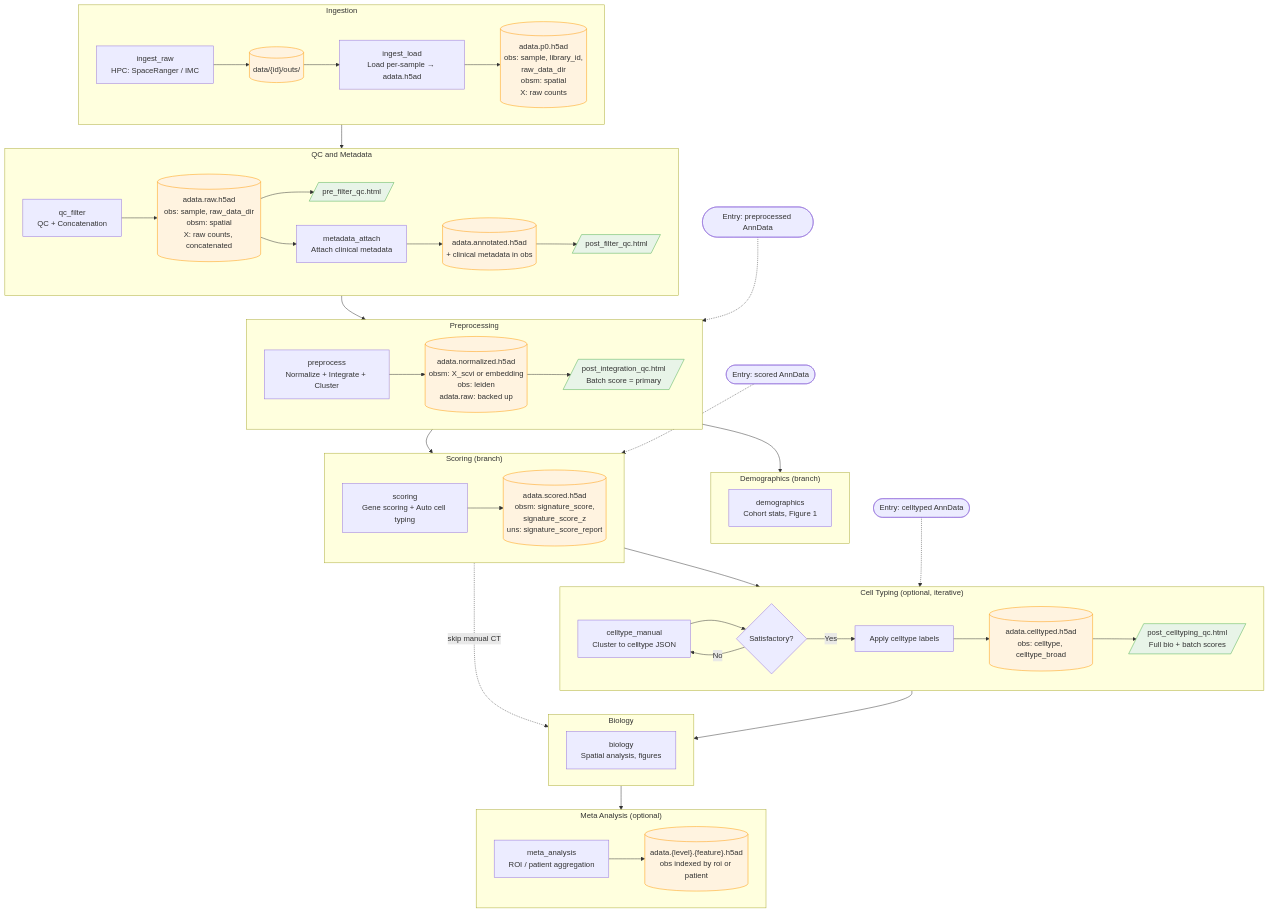
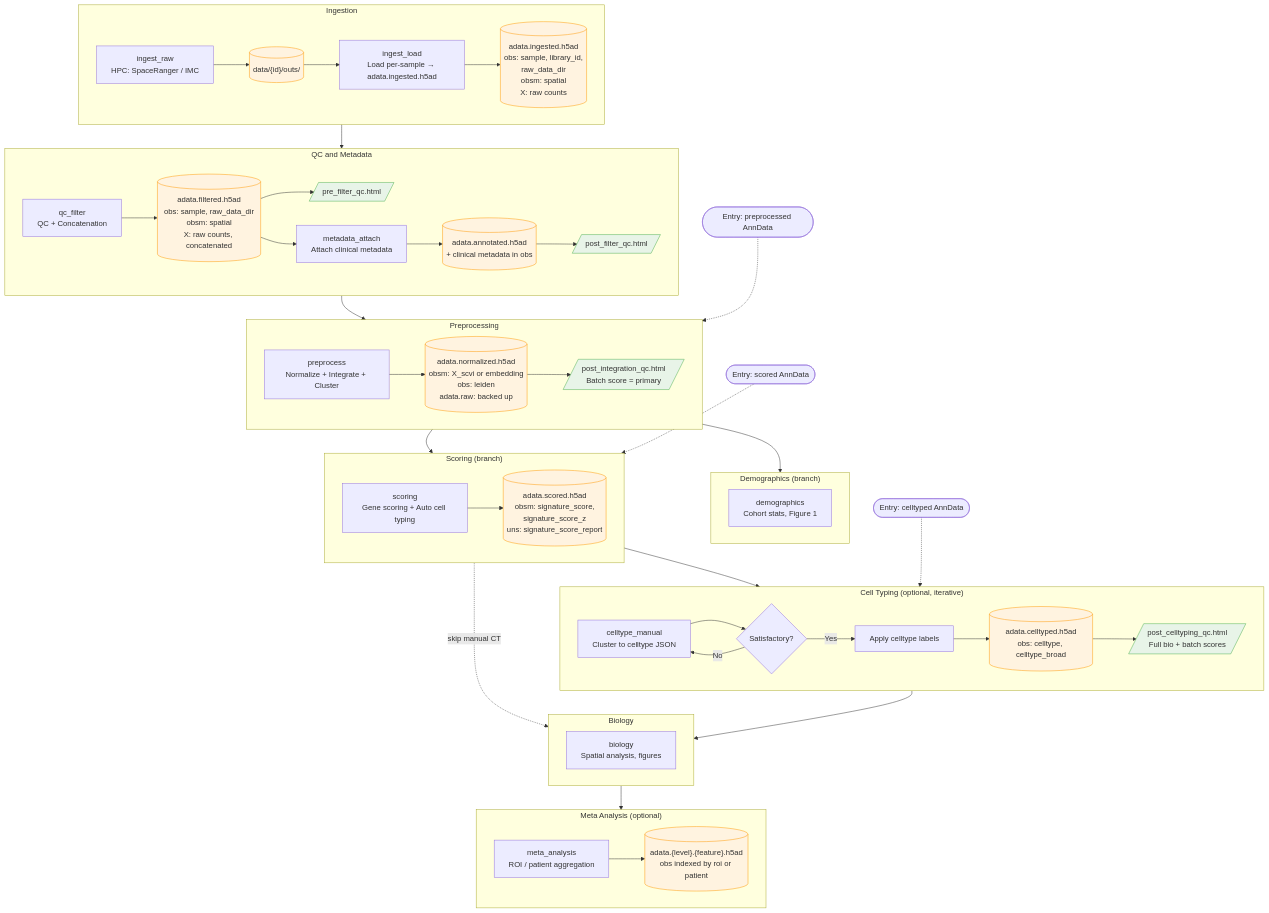
Before and after one commit to yoffelab/sc_tools: the diagram in README.md, drawn with Mermaid. The commit also changed other lines of this file and 4 other files, not shown here.

First line of the commit message:
docs: update checkpoint names and PhaseSpec schema across all docs

````diff
--- a/README.md
+++ b/README.md
@@ -70,70 +70,70 @@
 ```mermaid
 flowchart TD
     subgraph ING["Ingestion"]
         Z1["ingest_raw<br/>HPC: SpaceRanger / IMC"] --> CP0a[("data/{id}/outs/")]
-        CP0a --> Z2["ingest_load<br/>Load per-sample → adata.h5ad"]
-        Z2 --> CP0b[("adata.p0.h5ad<br/>obs: sample, library_id,<br/>raw_data_dir<br/>obsm: spatial<br/>X: raw counts")]
+        CP0a --> Z2["ingest_load<br/>Load per-sample → adata.ingested.h5ad"]
+        Z2 --> CP0b[("adata.ingested.h5ad<br/>obs: sample, library_id,<br/>raw_data_dir<br/>obsm: spatial<br/>X: raw counts")]
     end
 
     subgraph QC["QC and Metadata"]
-        A1["qc_filter<br/>QC + Concatenation"] --> CP1[("adata.raw.h5ad<br/>obs: sample, raw_data_dir<br/>obsm: spatial<br/>X: raw counts, concatenated")]
+        A1["qc_filter<br/>QC + Concatenation"] --> CP1[("adata.filtered.h5ad<br/>obs: sample, raw_data_dir<br/>obsm: spatial<br/>X: raw counts, concatenated")]
         CP1 --> QR1[/"pre_filter_qc.html"/]
         CP1 --> A2["metadata_attach<br/>Attach clinical metadata"]
         A2 --> CP2[("adata.annotated.h5ad<br/>+ clinical metadata in obs")]
         CP2 --> QR2[/"post_filter_qc.html"/]
     end
 
     subgraph PRE["Preprocessing"]
         C1["preprocess<br/>Normalize + Integrate + Cluster"] --> CP3[("adata.normalized.h5ad<br/>obsm: X_scvi or embedding<br/>obs: leiden<br/>adata.raw: backed up")]
         CP3 --> QR3[/"post_integration_qc.html<br/>Batch score = primary"/]
     end
 
     subgraph DEM["Demographics (branch)"]
         D1["demographics<br/>Cohort stats, Figure 1"]
     end
 
     subgraph SCO["Scoring (branch)"]
         D3["scoring<br/>Gene scoring + Auto cell typing"] --> CP35[("adata.scored.h5ad<br/>obsm: signature_score,<br/>signature_score_z<br/>uns: signature_score_report")]
     end
 
     subgraph CT["Cell Typing (optional, iterative)"]
         E1["celltype_manual<br/>Cluster to celltype JSON"] --> E2{Satisfactory?}
         E2 -->|No| E1
         E2 -->|Yes| E3[Apply celltype labels]
         E3 --> CP4[("adata.celltyped.h5ad<br/>obs: celltype, celltype_broad")]
         CP4 --> QR4[/"post_celltyping_qc.html<br/>Full bio + batch scores"/]
     end
 
     subgraph BIO["Biology"]
         F1["biology<br/>Spatial analysis, figures"]
     end
 
     subgraph META["Meta Analysis (optional)"]
         G1["meta_analysis<br/>ROI / patient aggregation"] --> CP67[("adata.{level}.{feature}.h5ad<br/>obs indexed by roi or patient")]
     end
 
     ING --> QC --> PRE
     PRE --> DEM
     PRE --> SCO
     SCO --> CT
     SCO -.->|skip manual CT| BIO
     CT --> BIO
     BIO --> META
 
     START_P3(["Entry: preprocessed AnnData"]) -.-> PRE
     START_P35(["Entry: scored AnnData"]) -.-> SCO
     START_P4(["Entry: celltyped AnnData"]) -.-> CT
 
     style CP0a fill:#fff3e0,stroke:#ff9800
     style CP0b fill:#fff3e0,stroke:#ff9800
     style CP1 fill:#fff3e0,stroke:#ff9800
     style CP2 fill:#fff3e0,stroke:#ff9800
     style CP3 fill:#fff3e0,stroke:#ff9800
     style CP35 fill:#fff3e0,stroke:#ff9800
     style CP4 fill:#fff3e0,stroke:#ff9800
     style CP67 fill:#fff3e0,stroke:#ff9800
     style QR1 fill:#e8f4e8,stroke:#4caf50
     style QR2 fill:#e8f4e8,stroke:#4caf50
     style QR3 fill:#e8f4e8,stroke:#4caf50
     style QR4 fill:#e8f4e8,stroke:#4caf50
 ```
````
